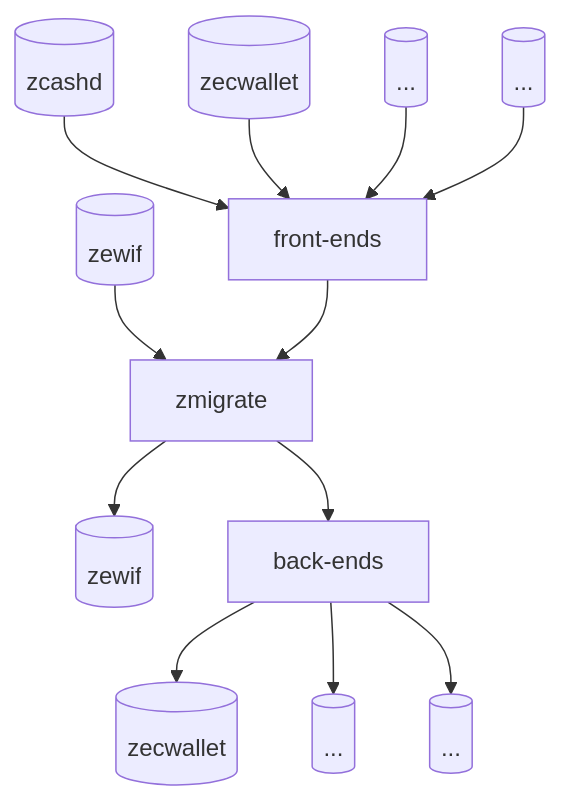
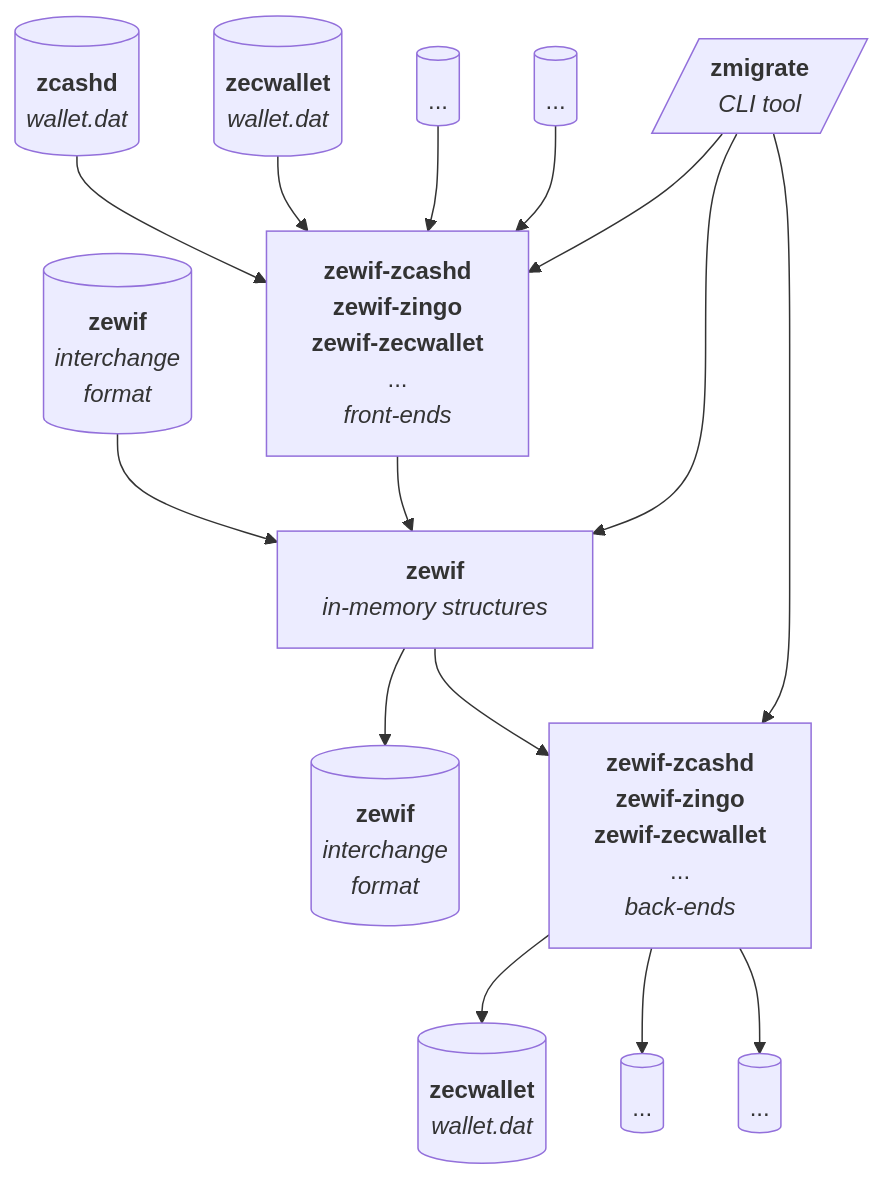
Before and after one commit to zingolabs/zmigrate: the diagram in docs/bestpractices.md, drawn with Mermaid.

````diff
--- a/docs/bestpractices.md
+++ b/docs/bestpractices.md
@@ -5,14 +5,33 @@
 ```mermaid
 graph TD
-    A[(zcashd)] --> B[front-ends]
-    D[(zecwallet)] --> B
-    C[(...)] --> B
-    E[(...)] --> B
-    H[(zewif)] --> G
-    B --> G[zmigrate]
-    G --> I[(zewif)]
-    G --> M[back-ends]
-    M --> J[(zecwallet)]
-    M --> K[(...)]
-    M --> L[(...)]
+    A[(<b>zcashd</b><br><i>wallet.dat</i>)]
+    B[<b>zewif-zcashd</b><br><b>zewif-zingo</b><br><b>zewif-zecwallet</b><br>...<br><i>front-ends</i>]
+    C[(...)]
+    D[(<b>zecwallet</b><br><i>wallet.dat</i>)]
+    E[(...)]
+    G[<b>zewif</b><br><i>in-memory structures</i>]
+    H[(<b>zewif</b><br><i>interchange<br>format</i>)]
+    I[(<b>zewif</b><br><i>interchange<br>format</i>)]
+    J[(<b>zecwallet</b><br><i>wallet.dat</i>)]
+    K[(...)]
+    L[(...)]
+    M[<b>zewif-zcashd</b><br><b>zewif-zingo</b><br><b>zewif-zecwallet</b><br>...<br><i>back-ends</i>]
+    N[/<b>zmigrate</b><br><i>CLI tool</i>/]
+
+    A --> B
+    D --> B
+    C --> B
+    E --> B
+
+    H --> G
+    B --> G
+    G --> I
+    G --> M
+    M --> J
+    M --> K
+    M --> L
+
+    N --> G
+    N --> B
+    N --> M
 ```
````
